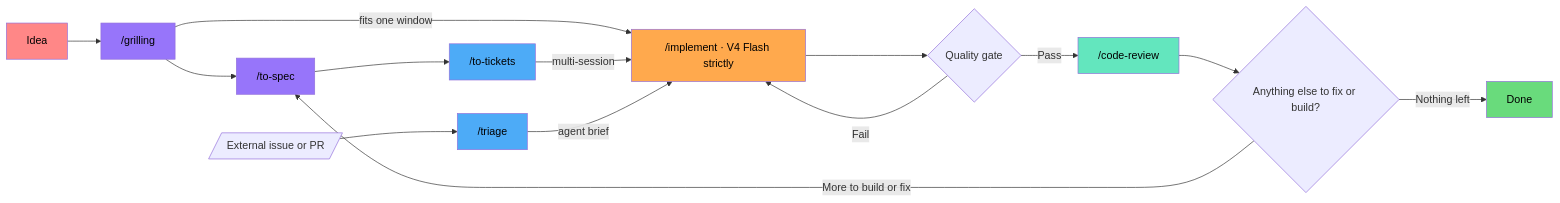
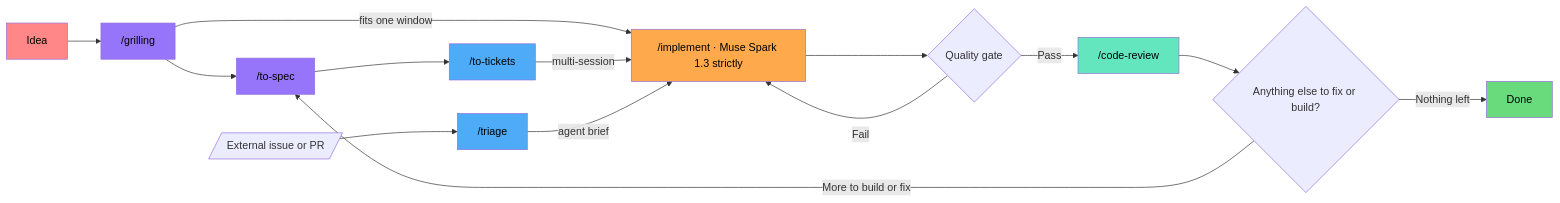
The diagram in README.md (elisharkray1030/ai-coding-workflow), drawn with Mermaid before and after one commit. The commit also changed 3 other files, not shown here.

First line of the commit message:
0907: Muse Spark 1.3 replaces DeepSeek V4 Flash

````diff
--- a/README.md
+++ b/README.md
@@ -26,31 +26,31 @@
 ```mermaid
 graph LR
     ID[Idea] --> GR[ /grilling]
     GR --> SP[ /to-spec]
     SP --> TK[ /to-tickets]
-    GR -->|"fits one window"| IM[ /implement · V4 Flash strictly]
+    GR -->|"fits one window"| IM[ /implement · Muse Spark 1.3 strictly]
     TK -->|"multi-session"| IM
     IM --> Q{Quality gate}
     Q -->|Pass| CR[ /code-review]
     Q -->|Fail| IM
     CR --> LOOP{Anything else to fix or build?}
     LOOP -->|More to build or fix| SP
     LOOP -->|Nothing left| DN[Done]
 
     EXT[/External issue or PR/] --> TR[ /triage]
     TR -->|agent brief| IM
 
     classDef red fill:#ff8787,color:#000
     classDef purple fill:#9775fa,color:#000
     classDef green fill:#69db7c,color:#000
     classDef blue fill:#4dabf7,color:#000
     classDef orange fill:#ffa94d,color:#000
     classDef teal fill:#63e6be,color:#000
 
     class ID red
     class GR,SP purple
     class TK,TR blue
     class IM orange
     class CR teal
     class DN green
 ```
````
